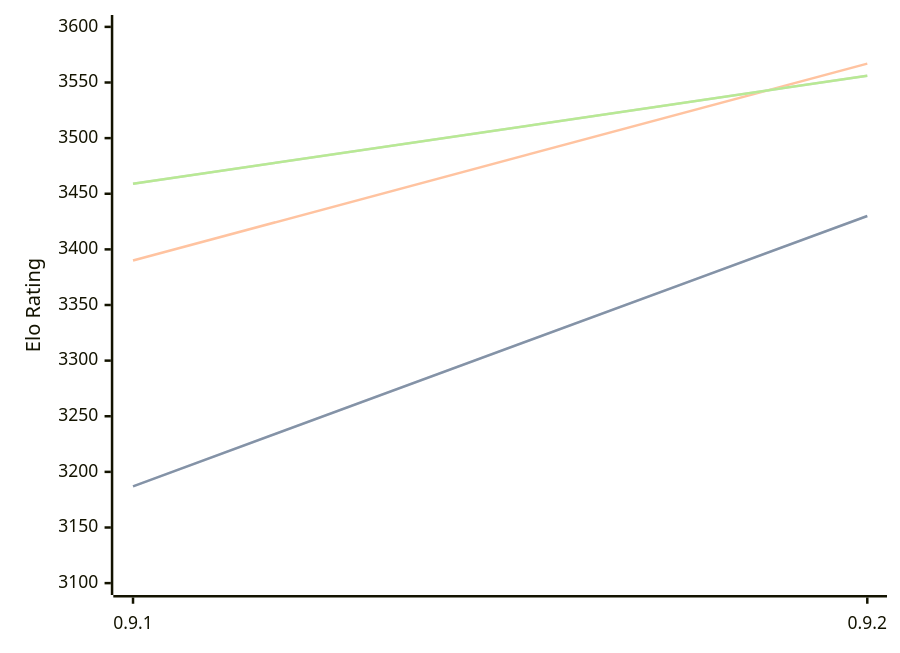
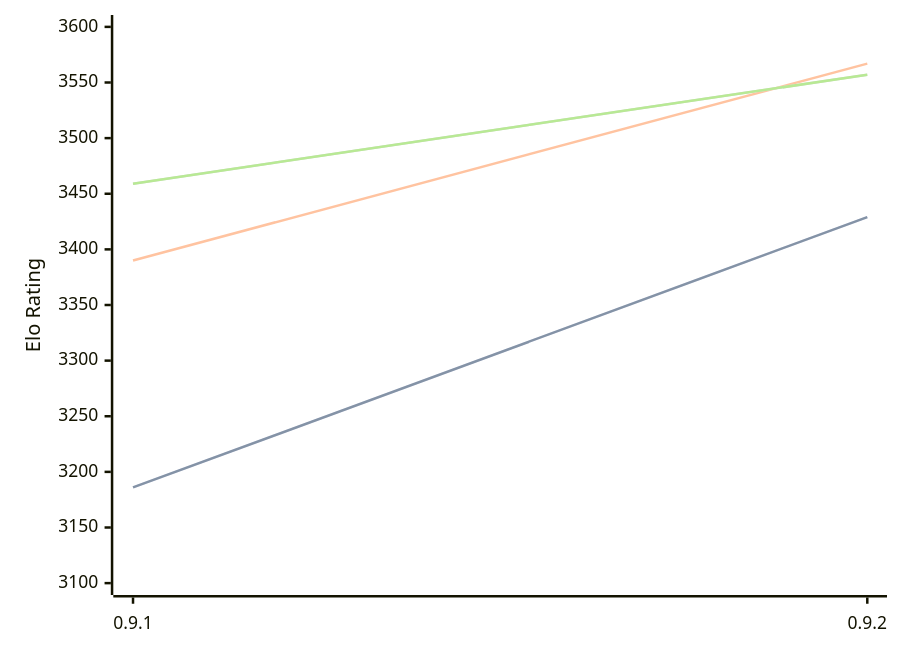
One commit to computer-chess-index/cci changed the diagram in engines/Coda.md. Above: the diagram before and after it, drawn with Mermaid. The commit also changed other lines of this file, not shown here.

Commit message:
Update CCI Ratings (ELO VLTC) - 2026-07-21

````diff
--- a/engines/Coda.md
+++ b/engines/Coda.md
@@ -32,11 +32,11 @@
 ```mermaid
 %%{init: {"theme":"base","themeVariables":{"seriesColors:['#a3a3a3','#222221','#faa371']}}}%%
 xychart-beta
   x-axis ["0.9.1", "0.9.2"]
   y-axis "Elo Rating" 3100 --> 3600
-  line "STC (8.0+0.08s)" [3187, 3430]
-  line "STC (8.0+0.08s)" [3187, 3430]
+  line "STC (8.0+0.08s)" [3186, 3429]
+  line "STC (8.0+0.08s)" [3186, 3429]
   line "LTC (60.0+0.60s)" [3390, 3567]
-  line "VLTC (2m24s+1.12s)" [3459, 3556]
-  line "VLTC (2m24s+1.12s)" [3459, 3556]
+  line "VLTC (2m24s+1.12s)" [3459, 3557]
+  line "VLTC (2m24s+1.12s)" [3459, 3557]
 ```
````
